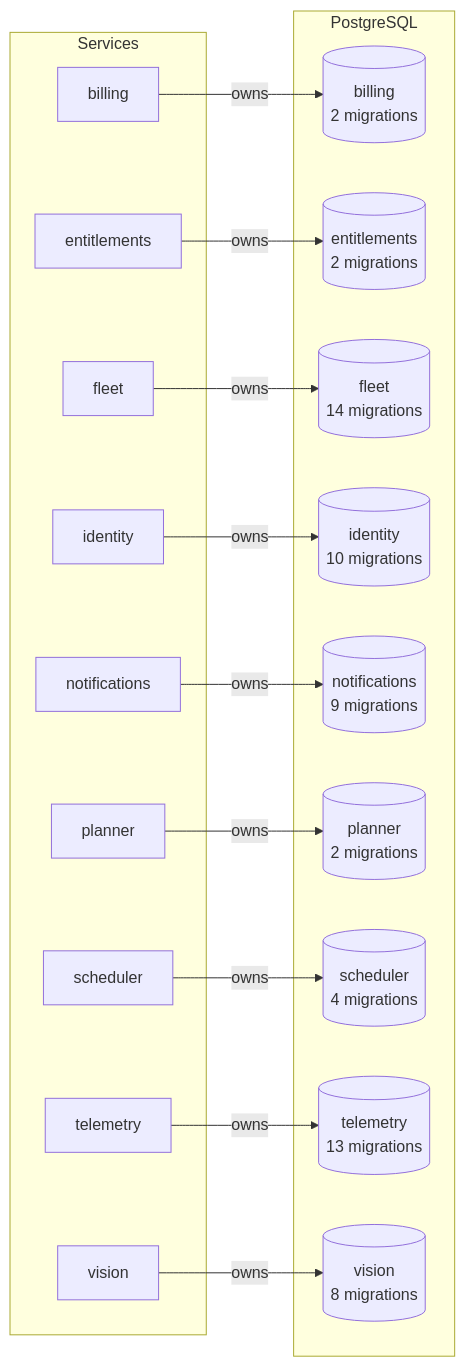
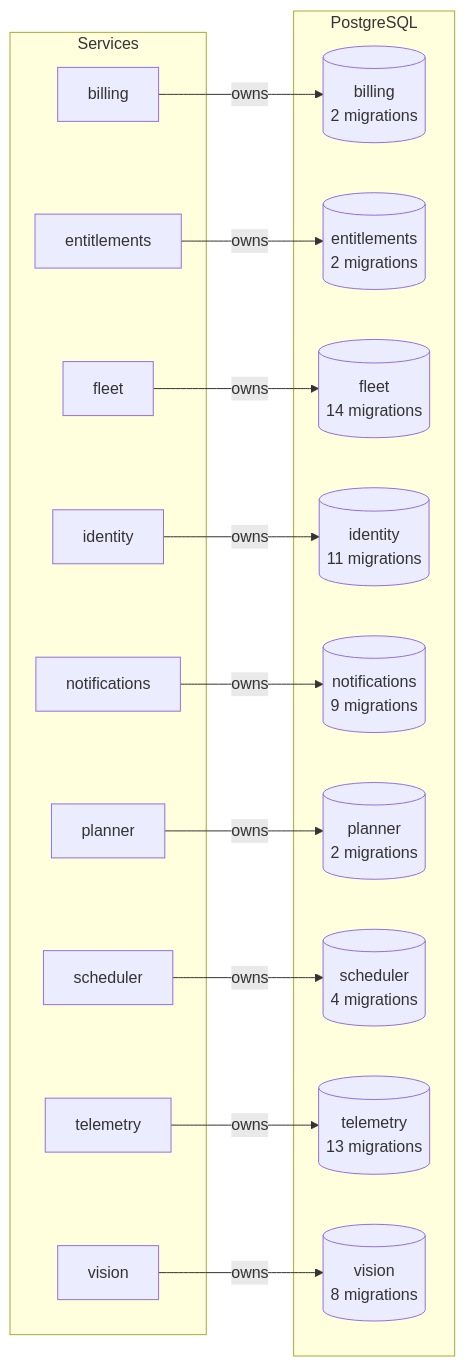
Before and after one commit to lukislp/mowdeck: diagram 15 of 15 in docs/architecture/generated.md, drawn with Mermaid. The commit also changed other lines of this file and 50 other files, not shown here.

````diff
--- a/docs/architecture/generated.md
+++ b/docs/architecture/generated.md
@@ -560,34 +561,34 @@
 ```mermaid
 flowchart LR
   subgraph apps[Services]
     billing["billing"]
     entitlements["entitlements"]
     fleet["fleet"]
     identity["identity"]
     notifications["notifications"]
     planner["planner"]
     scheduler["scheduler"]
     telemetry["telemetry"]
     vision["vision"]
   end
   subgraph pg[PostgreSQL]
     db_billing[("billing<br/>2 migrations")]
     db_entitlements[("entitlements<br/>2 migrations")]
     db_fleet[("fleet<br/>14 migrations")]
-    db_identity[("identity<br/>10 migrations")]
+    db_identity[("identity<br/>11 migrations")]
     db_notifications[("notifications<br/>9 migrations")]
     db_planner[("planner<br/>2 migrations")]
     db_scheduler[("scheduler<br/>4 migrations")]
     db_telemetry[("telemetry<br/>13 migrations")]
     db_vision[("vision<br/>8 migrations")]
   end
   billing -->|owns| db_billing
   entitlements -->|owns| db_entitlements
   fleet -->|owns| db_fleet
   identity -->|owns| db_identity
   notifications -->|owns| db_notifications
   planner -->|owns| db_planner
   scheduler -->|owns| db_scheduler
   telemetry -->|owns| db_telemetry
   vision -->|owns| db_vision
 ```
````
